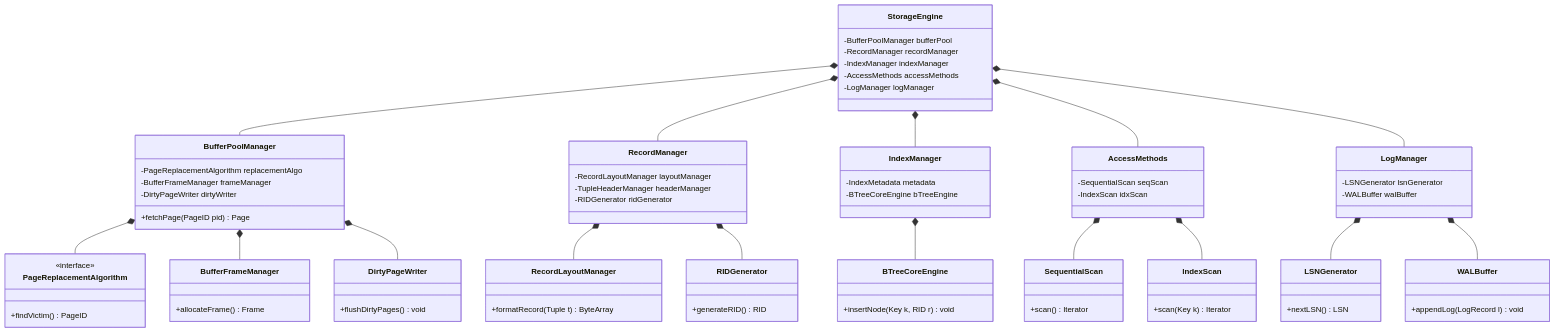
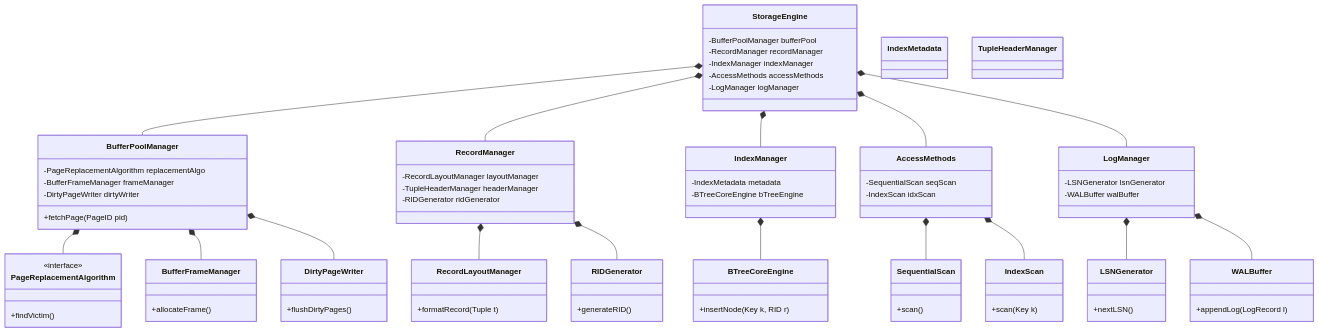
The fourth of 9 diagrams in README.md (TamBui1706/DBMS), drawn with Mermaid before and after one commit. The commit also changed other lines of this file, not shown here.

Commit message:
Fix GitHub Mermaid strict parser issues: explicitly define all referenced classes in classDiagrams, simplify types

````diff
--- a/README.md
+++ b/README.md
@@ -495,80 +525,82 @@
 ```mermaid
 classDiagram
     class StorageEngine {
         -BufferPoolManager bufferPool
         -RecordManager recordManager
         -IndexManager indexManager
         -AccessMethods accessMethods
         -LogManager logManager
     }
     class BufferPoolManager {
         -PageReplacementAlgorithm replacementAlgo
         -BufferFrameManager frameManager
         -DirtyPageWriter dirtyWriter
-        +fetchPage(PageID pid) Page
+        +fetchPage(PageID pid)
     }
     class PageReplacementAlgorithm {
         <<interface>>
-        +findVictim() PageID
+        +findVictim()
     }
     class BufferFrameManager {
-        +allocateFrame() Frame
+        +allocateFrame()
     }
     class DirtyPageWriter {
-        +flushDirtyPages() void
+        +flushDirtyPages()
     }
     class RecordManager {
         -RecordLayoutManager layoutManager
         -TupleHeaderManager headerManager
         -RIDGenerator ridGenerator
     }
     class RecordLayoutManager {
-        +formatRecord(Tuple t) ByteArray
+        +formatRecord(Tuple t)
     }
     class RIDGenerator {
-        +generateRID() RID
+        +generateRID()
     }
     class IndexManager {
         -IndexMetadata metadata
         -BTreeCoreEngine bTreeEngine
     }
     class BTreeCoreEngine {
-        +insertNode(Key k, RID r) void
+        +insertNode(Key k, RID r)
     }
     class AccessMethods {
         -SequentialScan seqScan
         -IndexScan idxScan
     }
     class SequentialScan {
-        +scan() Iterator
+        +scan()
     }
     class IndexScan {
-        +scan(Key k) Iterator
+        +scan(Key k)
     }
     class LogManager {
         -LSNGenerator lsnGenerator
         -WALBuffer walBuffer
     }
     class LSNGenerator {
-        +nextLSN() LSN
+        +nextLSN()
     }
     class WALBuffer {
-        +appendLog(LogRecord l) void
+        +appendLog(LogRecord l)
     }
 
     StorageEngine *-- BufferPoolManager
     StorageEngine *-- RecordManager
     StorageEngine *-- IndexManager
     StorageEngine *-- AccessMethods
     StorageEngine *-- LogManager
     BufferPoolManager *-- PageReplacementAlgorithm
     BufferPoolManager *-- BufferFrameManager
     BufferPoolManager *-- DirtyPageWriter
     RecordManager *-- RecordLayoutManager
     RecordManager *-- RIDGenerator
     IndexManager *-- BTreeCoreEngine
     AccessMethods *-- SequentialScan
     AccessMethods *-- IndexScan
     LogManager *-- LSNGenerator
     LogManager *-- WALBuffer
+    class IndexMetadata
+    class TupleHeaderManager
 ```
````
